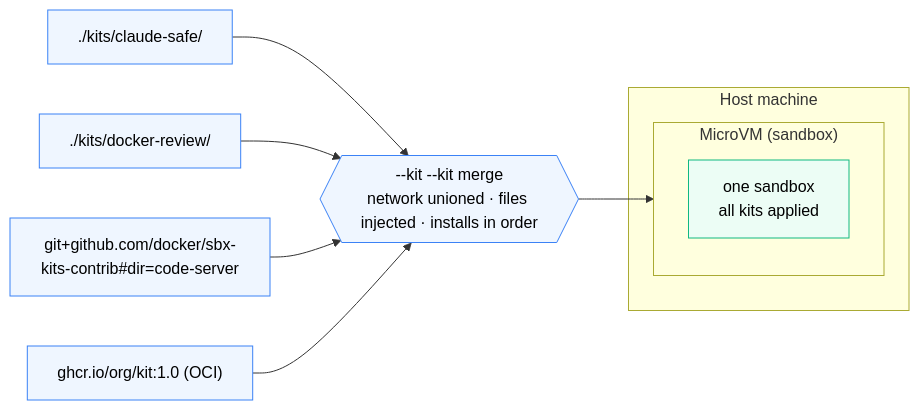
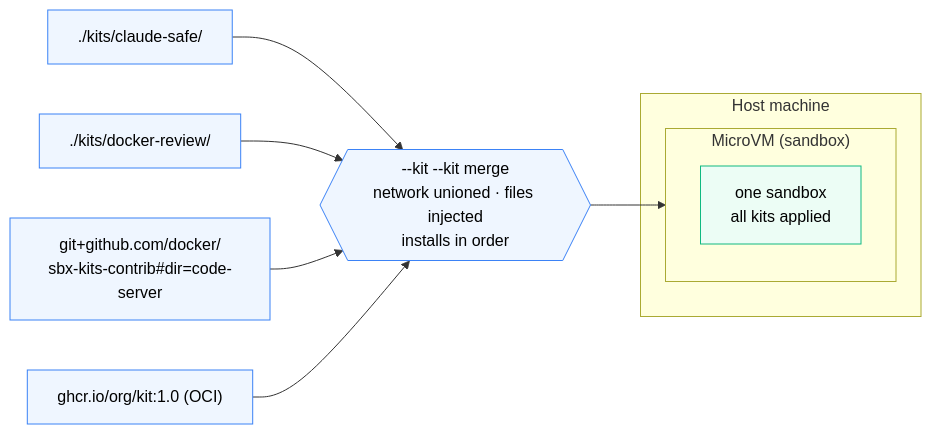
The diagram in labspace/kits/05-stacking-and-community.md (ajeetraina/labspace-docker-ai-governance), drawn with Mermaid before and after one commit. The commit also changed 14 other files, not shown here.

First line of the commit message:
Fix diagram text overflow: wrap long labels, shorten wide subgraph titles

````diff
--- a/labspace/kits/05-stacking-and-community.md
+++ b/labspace/kits/05-stacking-and-community.md
@@ -3,19 +3,19 @@
 ```mermaid
 flowchart LR
     K1["./kits/claude-safe/"] --> MERGE
     K2["./kits/docker-review/"] --> MERGE
-    K3["git+github.com/docker/sbx-kits-contrib#dir=code-server"] --> MERGE
+    K3["git+github.com/docker/<br/>sbx-kits-contrib#dir=code-server"] --> MERGE
     K4["ghcr.io/org/kit:1.0 (OCI)"] --> MERGE
-    MERGE{{"--kit --kit merge<br/>network unioned · files injected · installs in order"}}
+    MERGE{{"--kit --kit merge<br/>network unioned · files injected<br/>installs in order"}}
     subgraph HOST["Host machine"]
         subgraph VM["MicroVM (sandbox)"]
             S["one sandbox<br/>all kits applied"]
         end
     end
     MERGE --> VM
 
     classDef kit fill:#eff6ff,stroke:#3b82f6,color:#000
     classDef vm fill:#ecfdf5,stroke:#10b981,color:#000
     class K1,K2,K3,K4,MERGE kit
     class S vm
 ```
````
